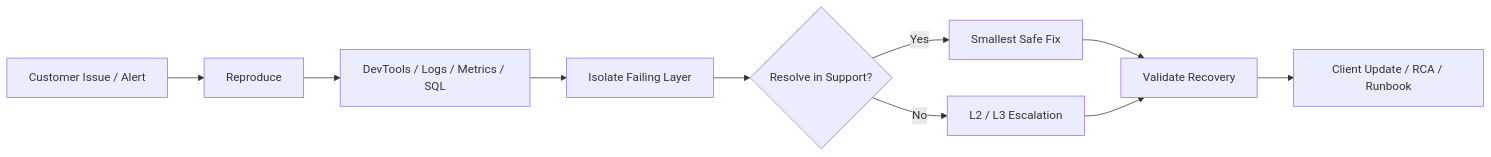
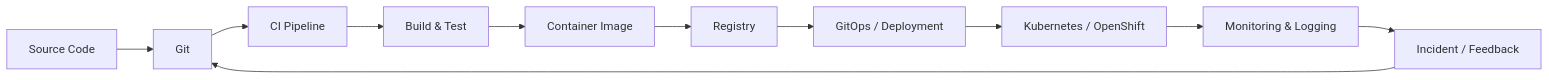
One commit to dwaradwara/dwaradwara changed the diagram in README.md. Above: the diagram before and after it, drawn with Mermaid. The commit also changed other lines of this file, not shown here.

````diff
--- a/README.md
+++ b/README.md
@@ -38,12 +144,13 @@
 ```mermaid
 flowchart LR
-    A[Customer Issue / Alert] --> B[Reproduce]
-    B --> C[DevTools / Logs / Metrics / SQL]
-    C --> D[Isolate Failing Layer]
-    D --> E{Resolve in Support?}
-    E -->|Yes| F[Smallest Safe Fix]
-    E -->|No| G[L2 / L3 Escalation]
-    F --> H[Validate Recovery]
-    G --> H
-    H --> I[Client Update / RCA / Runbook]
+    A[Source Code] --> B[Git]
+    B --> C[CI Pipeline]
+    C --> D[Build & Test]
+    D --> E[Container Image]
+    E --> F[Registry]
+    F --> G[GitOps / Deployment]
+    G --> H[Kubernetes / OpenShift]
+    H --> I[Monitoring & Logging]
+    I --> J[Incident / Feedback]
+    J --> B
 ```
````
